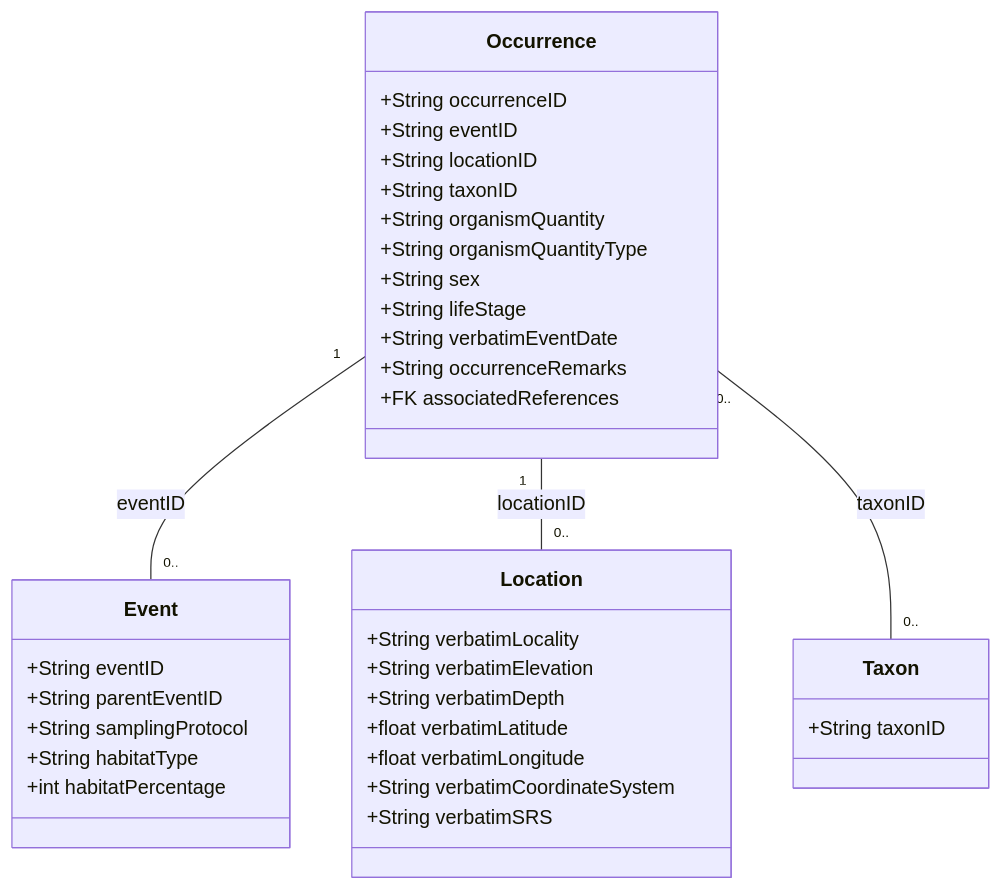
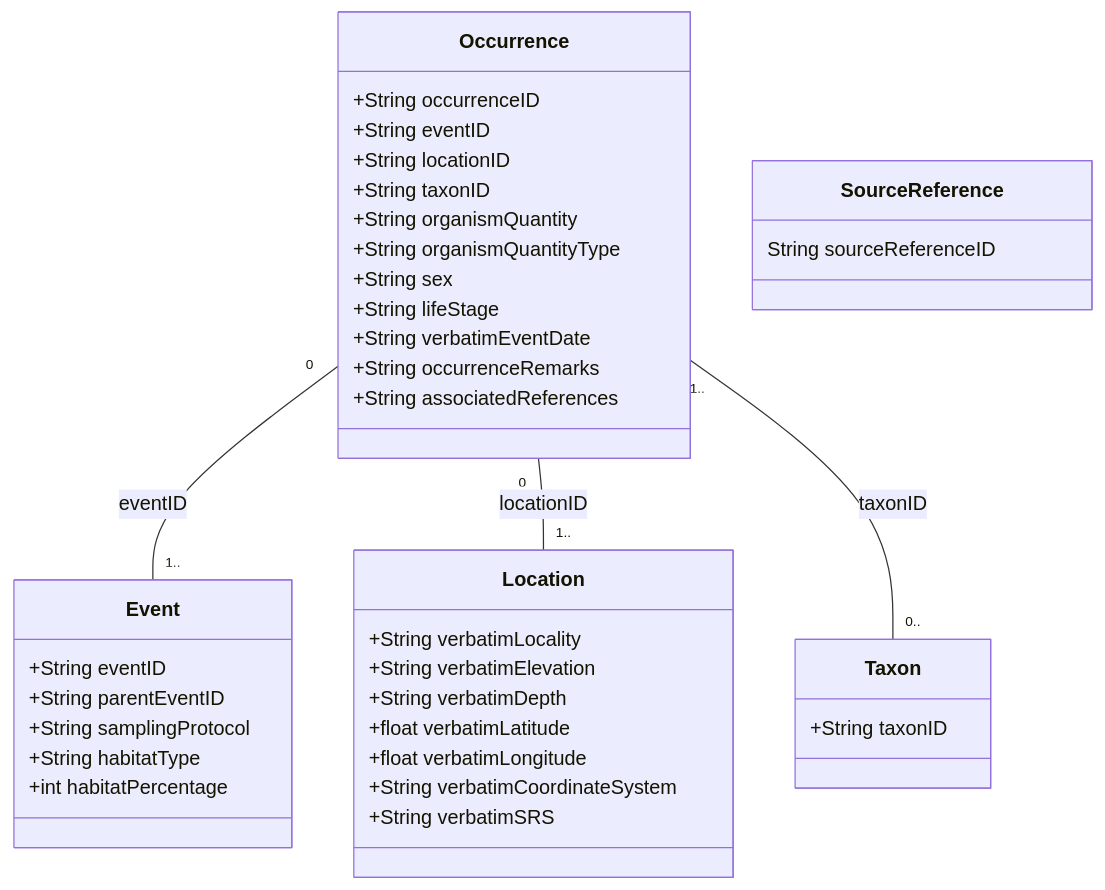
One commit to karilint/mammalbase changed the diagram in documentation/models/models.md. Above: the diagram before and after it, drawn with Mermaid.

Commit message:
Update models-file

````diff
--- a/documentation/models/models.md
+++ b/documentation/models/models.md
@@ -1,39 +1,42 @@
 ```mermaid
 classDiagram
     class Occurrence {
 		+String occurrenceID
 		+String eventID
 		+String locationID
 		+String taxonID
 		+String organismQuantity
 		+String organismQuantityType
 		+String sex
 		+String lifeStage
 		+String verbatimEventDate
 		+String occurrenceRemarks
-		+FK associatedReferences
+		+String associatedReferences
     }
     class Event {
 		+String eventID
 		+String parentEventID
 		+String samplingProtocol
 		+String habitatType
 		+int habitatPercentage
     }
     class Location {
       	+String verbatimLocality
 		+String verbatimElevation
 		+String verbatimDepth
 		+float verbatimLatitude
 		+float verbatimLongitude
 		+String verbatimCoordinateSystem
 		+String verbatimSRS
     }
     class Taxon {
       	+String taxonID
     }
+	class SourceReference {
+		String sourceReferenceID
+	}
 
-    Occurrence "1" -- "0.." Event : eventID
-    Occurrence "1" -- "0.." Location : locationID
-    Occurrence "0.." -- "0.." Taxon : taxonID
+    Occurrence "0" -- "1.." Event : eventID
+    Occurrence "0" -- "1.." Location : locationID
+    Occurrence "1.." -- "0.." Taxon : taxonID
 ```
````
